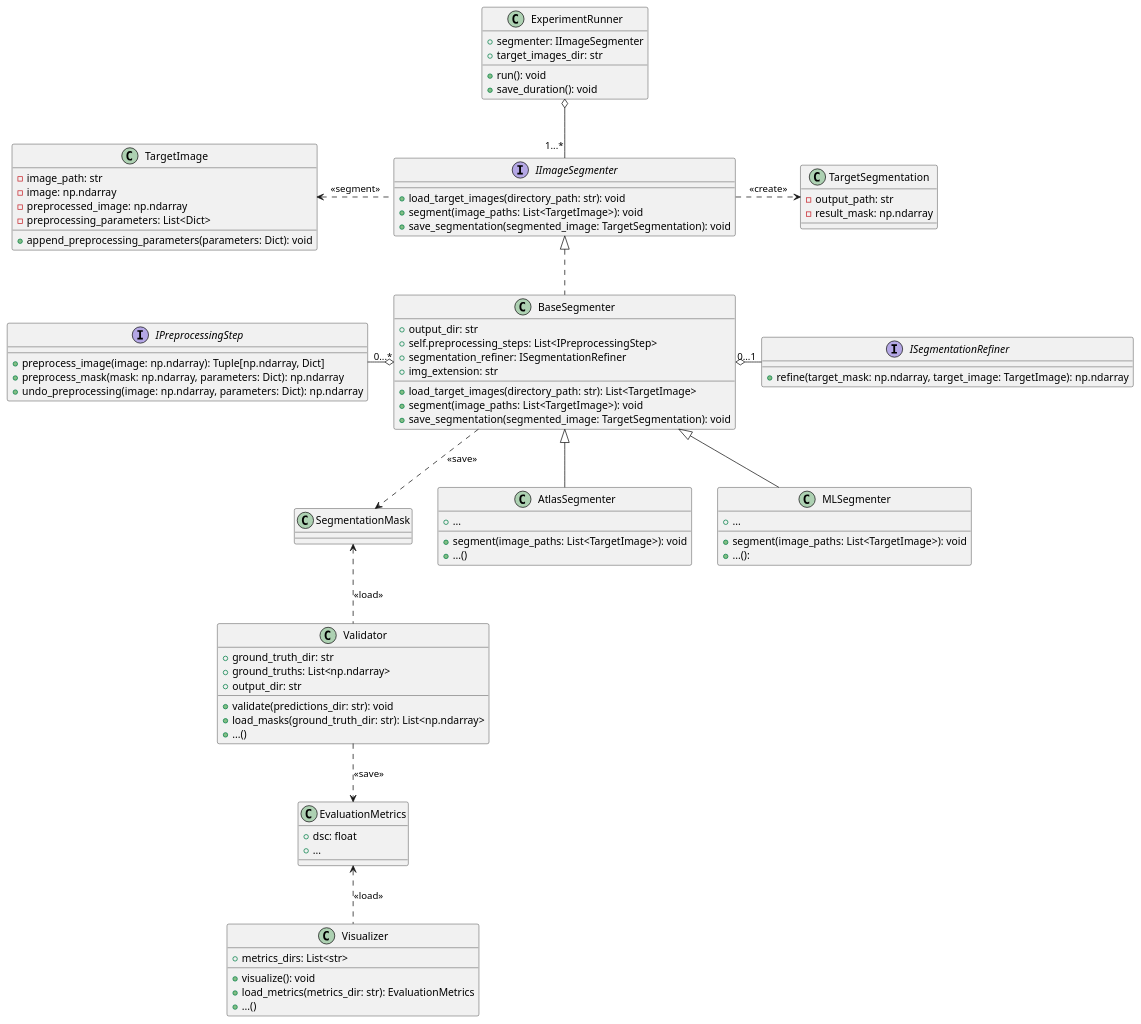
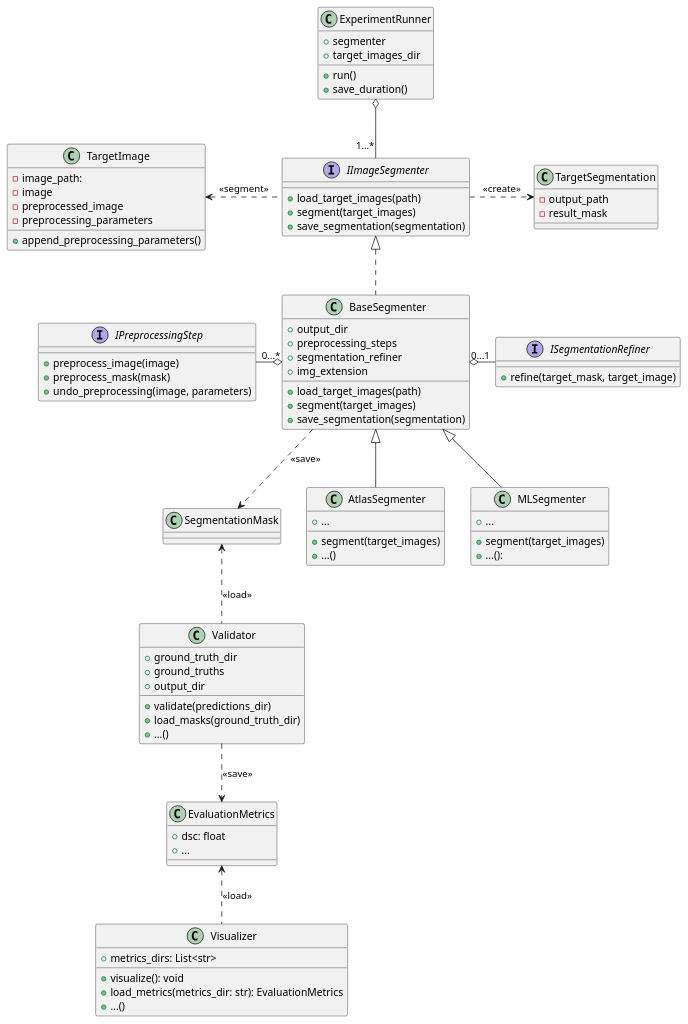
The diagram in general-framework-structure-vereinfacht.puml (P4u14/diplomarbeit), drawn with PlantUML before and after one commit. The commit also changed 11 other files, not shown here.

```diff
--- a/general-framework-structure-vereinfacht.puml
+++ b/general-framework-structure-vereinfacht.puml
@@ -1,107 +1,107 @@
 @startuml
 
 class ExperimentRunner {
-    + segmenter: IImageSegmenter
-    + target_images_dir: str
-    + run(): void
-    + save_duration(): void
+    + segmenter
+    + target_images_dir
+    + run()
+    + save_duration()
 }
 
 interface IImageSegmenter {
-    + load_target_images(directory_path: str): void
-    + segment(image_paths: List<TargetImage>): void
-    + save_segmentation(segmented_image: TargetSegmentation): void
+    + load_target_images(path)
+    + segment(target_images)
+    + save_segmentation(segmentation)
 }
 
 class BaseSegmenter {
-    + output_dir: str
-    + self.preprocessing_steps: List<IPreprocessingStep>
-    + segmentation_refiner: ISegmentationRefiner
-    + img_extension: str
-    + load_target_images(directory_path: str): List<TargetImage>
-    + segment(image_paths: List<TargetImage>): void
-    + save_segmentation(segmented_image: TargetSegmentation): void
+    + output_dir
+    + preprocessing_steps
+    + segmentation_refiner
+    + img_extension
+    + load_target_images(path)
+    + segment(target_images)
+    + save_segmentation(segmentation)
 }
 
 class AtlasSegmenter {
     + ...
-    + segment(image_paths: List<TargetImage>): void
+    + segment(target_images)
     + ...()
 }
 
 class MLSegmenter {
     + ...
-    + segment(image_paths: List<TargetImage>): void
+    + segment(target_images)
     + ...():
 }
 
 interface IPreprocessingStep {
-    + preprocess_image(image: np.ndarray): Tuple[np.ndarray, Dict]
-    + preprocess_mask(mask: np.ndarray, parameters: Dict): np.ndarray
-    + undo_preprocessing(image: np.ndarray, parameters: Dict): np.ndarray
+    + preprocess_image(image)
+    + preprocess_mask(mask)
+    + undo_preprocessing(image, parameters)
 }
 
 interface ISegmentationRefiner {
-    + refine(target_mask: np.ndarray, target_image: TargetImage): np.ndarray
+    + refine(target_mask, target_image)
 }
 
 IImageSegmenter <|.. BaseSegmenter
 BaseSegmenter <|-d- AtlasSegmenter
 BaseSegmenter <|-d- MLSegmenter
 ExperimentRunner o-- "1...*" IImageSegmenter
 BaseSegmenter o-l- "0...*" IPreprocessingStep
 BaseSegmenter o-r- "0...1" ISegmentationRefiner
 
 
 
 class TargetSegmentation {
-    - output_path: str
-    - result_mask: np.ndarray
+    - output_path
+    - result_mask
 }
 
 class TargetImage {
-    - image_path: str
-    - image: np.ndarray
-    - preprocessed_image: np.ndarray
-    - preprocessing_parameters: List<Dict>
-    + append_preprocessing_parameters(parameters: Dict): void
+    - image_path:
+    - image
+    - preprocessed_image
+    - preprocessing_parameters
+    + append_preprocessing_parameters()
 }
 
 IImageSegmenter .r.> TargetSegmentation : <<create>>
 IImageSegmenter .l.> TargetImage : <<segment>>
 
 class SegmentationMask {
 }
 
 BaseSegmenter .d.> SegmentationMask : <<save>>
 
 
 class Validator {
-    + ground_truth_dir: str
-    + ground_truths: List<np.ndarray>
-    + output_dir: str
-    + validate(predictions_dir: str): void
-    + load_masks(ground_truth_dir: str): List<np.ndarray>
+    + ground_truth_dir
+    + ground_truths
+    + output_dir
+    + validate(predictions_dir)
+    + load_masks(ground_truth_dir)
     + ...()
 }
 
 Validator .u.> SegmentationMask : <<load>>
 
 class EvaluationMetrics {
     + dsc: float
     + ...
 }
 
 Validator .d.> EvaluationMetrics : <<save>>
 
 class Visualizer {
     + metrics_dirs: List<str>
     + visualize(): void
     + load_metrics(metrics_dir: str): EvaluationMetrics
     + ...()
 }
 
 Visualizer .u.> EvaluationMetrics : <<load>>
 
 
 @enduml
```
